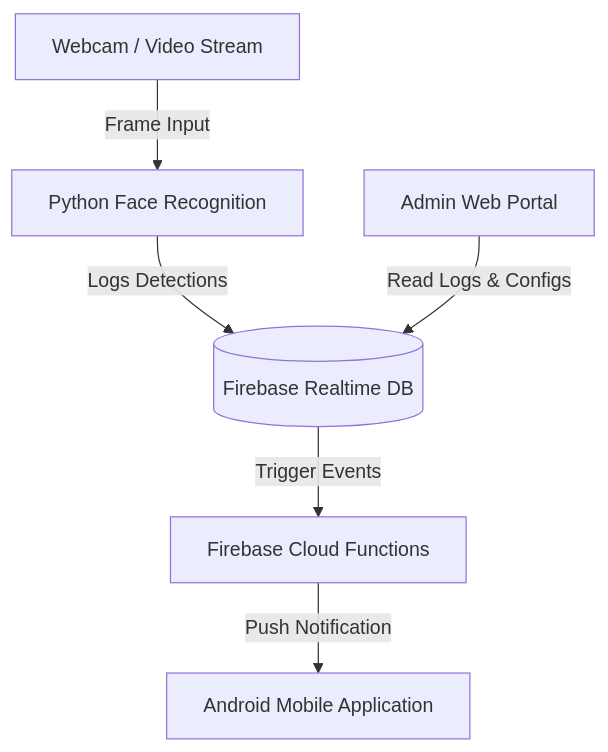
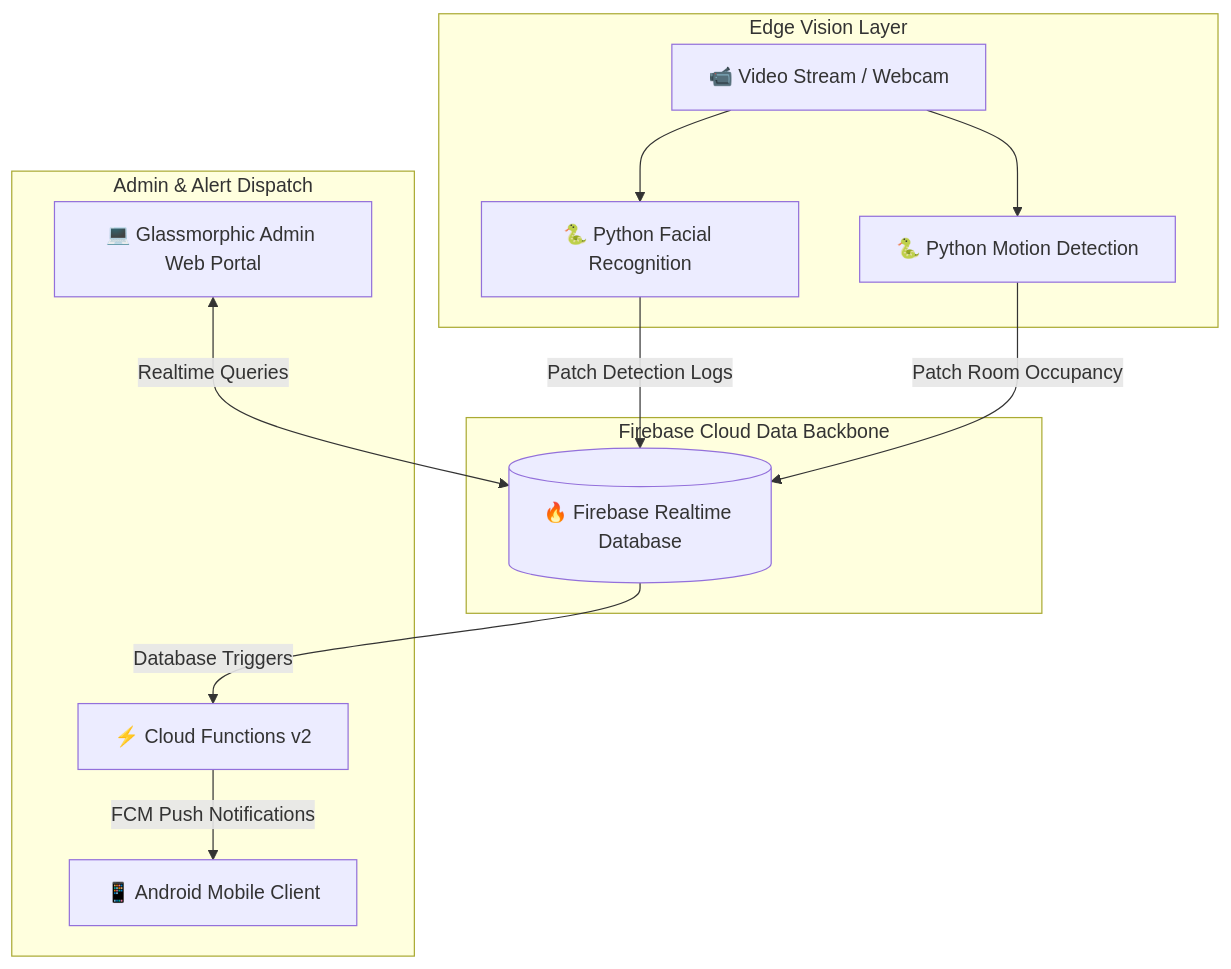
The diagram in README.md (sangeeth98/capstone-project), drawn with Mermaid before and after one commit. The commit also changed other lines of this file and 957 other files, not shown here.

````diff
--- a/README.md
+++ b/README.md
@@ -9,8 +28,18 @@
 ```mermaid
 graph TD
-    A[Webcam / Video Stream] -->|Frame Input| B[Python Face Recognition]
-    B -->|Logs Detections| C[(Firebase Realtime DB)]
-    C -->|Trigger Events| D[Firebase Cloud Functions]
-    D -->|Push Notification| E[Android Mobile Application]
-    F[Admin Web Portal] -->|Read Logs & Configs| C
+    subgraph Edge Vision Layer
+        A[📹 Video Stream / Webcam] --> B[🐍 Python Facial Recognition]
+        A --> C[🐍 Python Motion Detection]
+    end
+
+    subgraph Firebase Cloud Data Backbone
+        B -->|Patch Detection Logs| D[(🔥 Firebase Realtime Database)]
+        C -->|Patch Room Occupancy| D
+    end
+
+    subgraph Admin & Alert Dispatch
+        D -->|Database Triggers| E[⚡ Cloud Functions v2]
+        E -->|FCM Push Notifications| F[📱 Android Mobile Client]
+        G[💻 Glassmorphic Admin Web Portal] <-->|Realtime Queries| D
+    end
 ```
````
